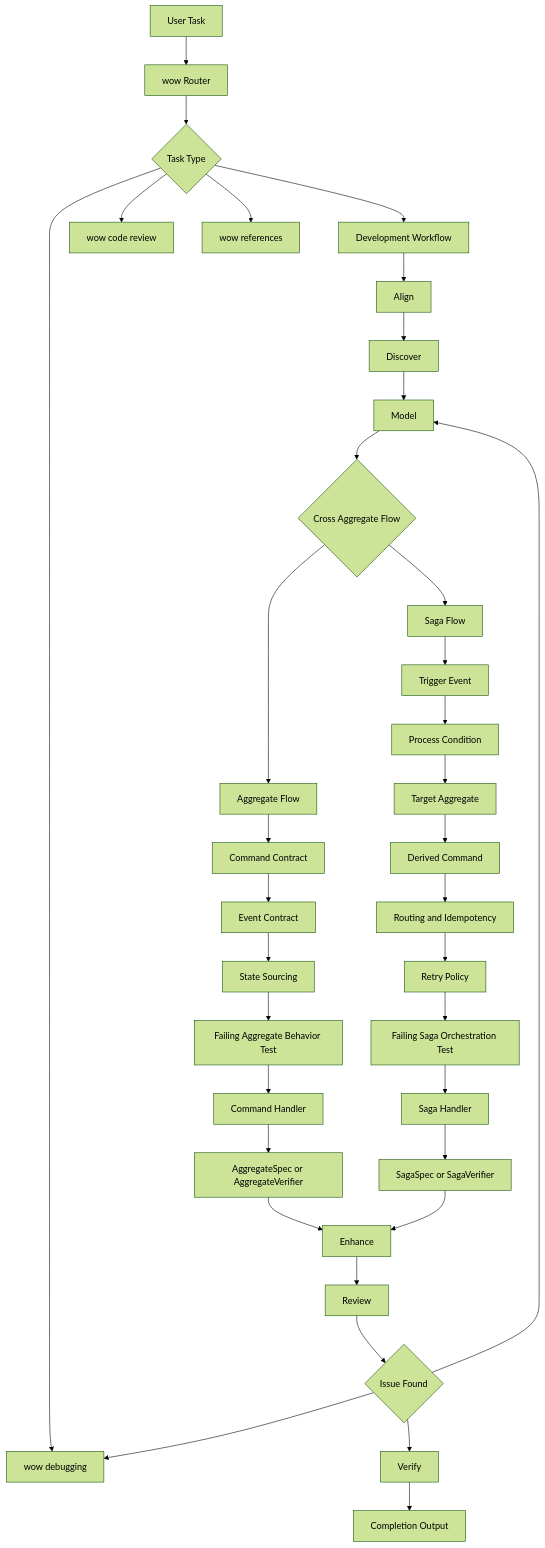
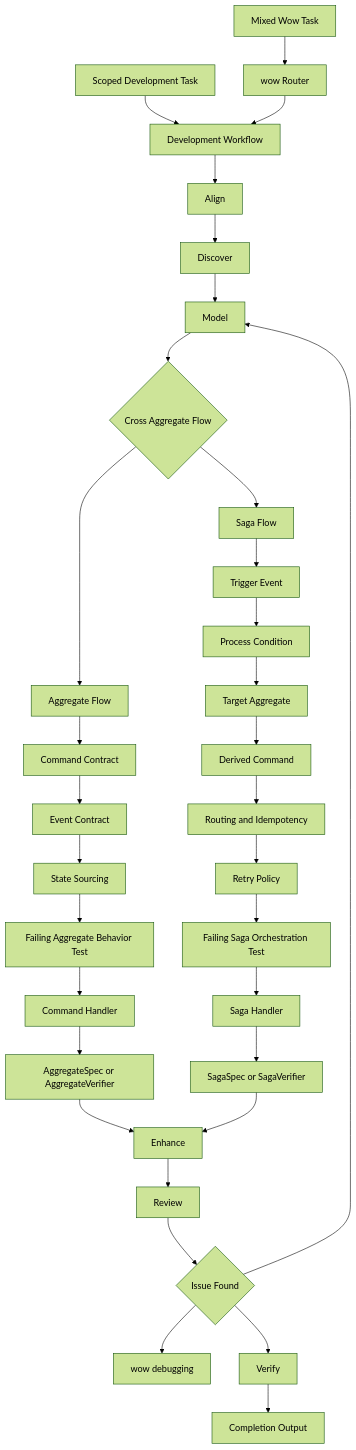
The diagram in skills/wow-development-workflow/SKILL.md (Ahoo-Wang/Wow), drawn with Mermaid (forest theme) before and after one commit. The commit also changed other lines of this file and 14 other files, not shown here.

````diff
--- a/skills/wow-development-workflow/SKILL.md
+++ b/skills/wow-development-workflow/SKILL.md
@@ -42,43 +42,40 @@
 ```mermaid
 graph TD
-    A[User Task] --> B[wow Router]
-    B --> C{Task Type}
-    C --> D[Development Workflow]
-    C --> R[wow code review]
-    C --> G[wow debugging]
-    C --> K[wow references]
+    A[Scoped Development Task] --> D[Development Workflow]
+    M[Mixed Wow Task] --> B[wow Router]
+    B --> D
 
     D --> D0[Align]
     D0 --> D1[Discover]
     D1 --> D2[Model]
     D2 --> X{Cross Aggregate Flow}
 
     X --> A1[Aggregate Flow]
     X --> S1[Saga Flow]
 
     A1 --> A2[Command Contract]
     A2 --> A3[Event Contract]
     A3 --> A4[State Sourcing]
     A4 --> AT[Failing Aggregate Behavior Test]
     AT --> A5[Command Handler]
     A5 --> ATS[AggregateSpec or AggregateVerifier]
 
     S1 --> S2[Trigger Event]
     S2 --> S3[Process Condition]
     S3 --> S4[Target Aggregate]
     S4 --> S5[Derived Command]
     S5 --> S6[Routing and Idempotency]
     S6 --> S7[Retry Policy]
     S7 --> ST[Failing Saga Orchestration Test]
     ST --> S8[Saga Handler]
     S8 --> STS[SagaSpec or SagaVerifier]
 
     ATS --> E[Enhance]
     STS --> E
     E --> RV[Review]
     RV --> Q{Issue Found}
     Q --> D2
-    Q --> G
+    Q --> G[wow debugging]
     Q --> V[Verify]
     V --> DONE[Completion Output]
 ```
````
